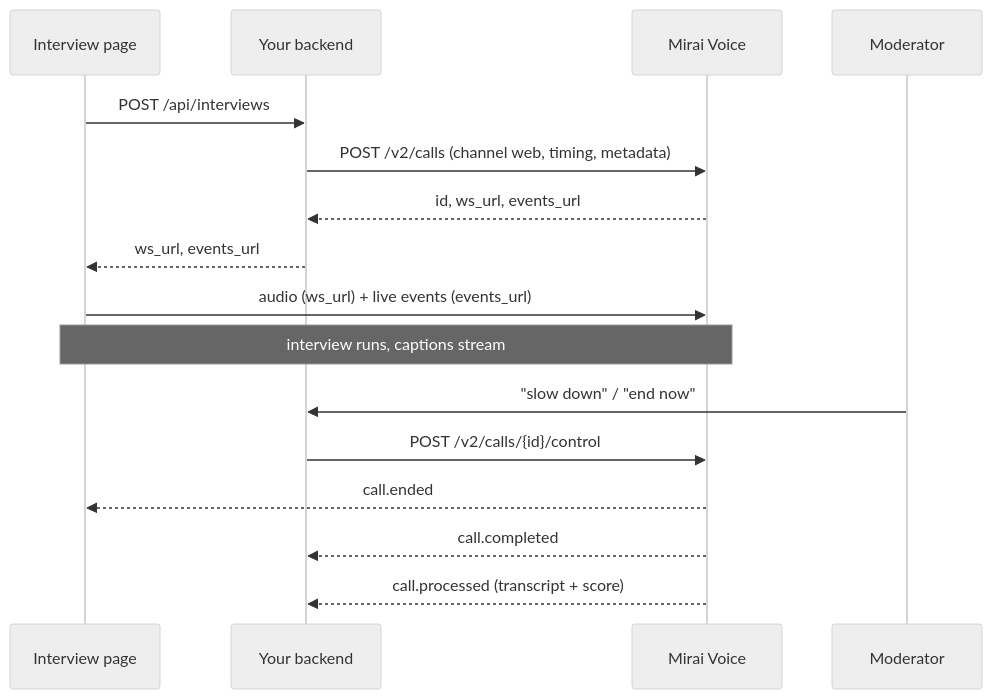
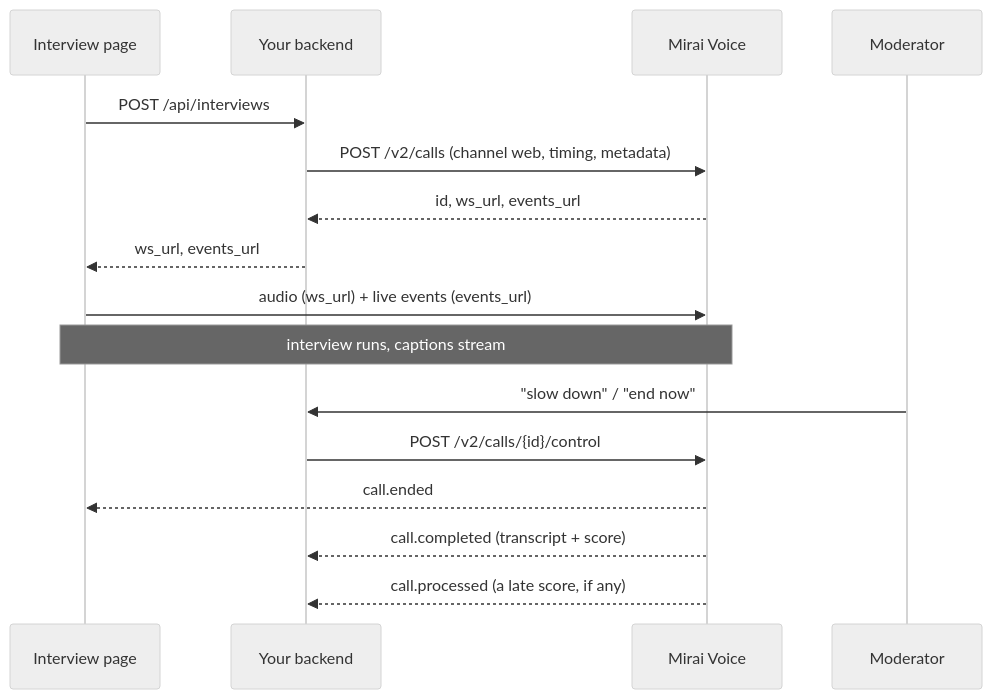
One commit to MiraiMinds/docs changed the diagram in cookbooks/browser-voice-interviews.mdx. Above: the diagram before and after it, drawn with Mermaid (neutral theme). The commit also changed other lines of this file and 16 other files, not shown here.

````diff
--- a/cookbooks/browser-voice-interviews.mdx
+++ b/cookbooks/browser-voice-interviews.mdx
@@ -39,19 +39,19 @@
 ```mermaid
 sequenceDiagram
     participant Page as Interview page
     participant App as Your backend
     participant Mirai as Mirai Voice
     participant Mod as Moderator
 
     Page->>App: POST /api/interviews
     App->>Mirai: POST /v2/calls (channel web, timing, metadata)
     Mirai-->>App: id, ws_url, events_url
     App-->>Page: ws_url, events_url
     Page->>Mirai: audio (ws_url) + live events (events_url)
     Note over Page,Mirai: interview runs, captions stream
     Mod->>App: "slow down" / "end now"
     App->>Mirai: POST /v2/calls/{id}/control
     Mirai-->>Page: call.ended
-    Mirai-->>App: call.completed
-    Mirai-->>App: call.processed (transcript + score)
+    Mirai-->>App: call.completed (transcript + score)
+    Mirai-->>App: call.processed (a late score, if any)
 ```
````
